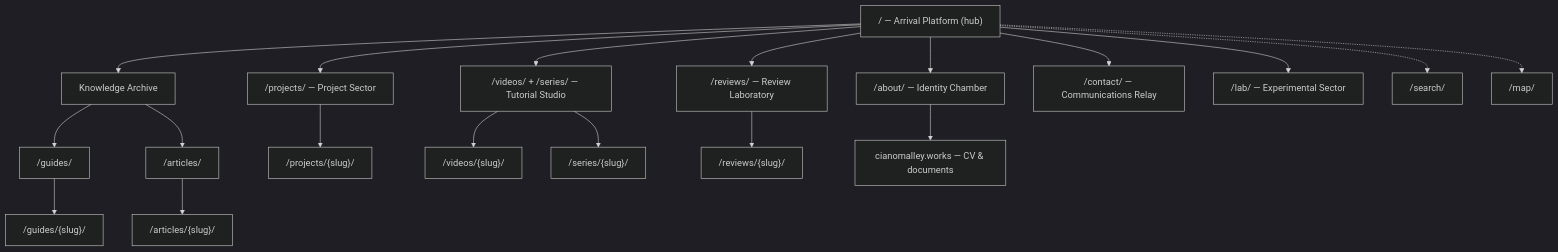
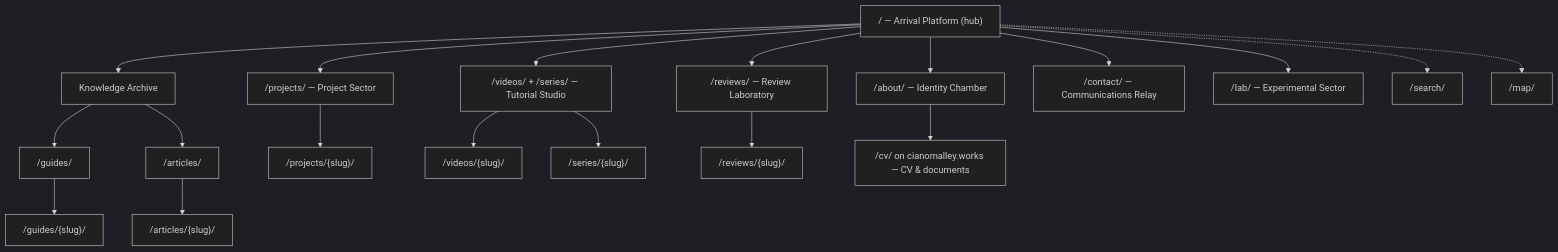
One commit to cian-omalley/cianomalley-portfolio changed the first of 2 diagrams in docs/plan/03-information-architecture-and-content-model.md. Above: the diagram before and after it, drawn with Mermaid (dark theme). The commit also changed other lines of this file and 56 other files, not shown here.

````diff
--- a/docs/plan/03-information-architecture-and-content-model.md
+++ b/docs/plan/03-information-architecture-and-content-model.md
@@ -41,22 +41,22 @@
 ```mermaid
 flowchart TD
     HOME["/ — Arrival Platform (hub)"]
     HOME --> PROJ["/projects/ — Project Sector"]
     HOME --> KNOW["Knowledge Archive"]
     HOME --> STUDIO["/videos/ + /series/ — Tutorial Studio"]
     HOME --> REV["/reviews/ — Review Laboratory"]
     HOME --> ABOUT["/about/ — Identity Chamber"]
     HOME --> CONTACT["/contact/ — Communications Relay"]
     HOME --> LAB["/lab/ — Experimental Sector"]
     KNOW --> GUIDES["/guides/"]
     KNOW --> ARTICLES["/articles/"]
     PROJ --> P1["/projects/{slug}/"]
     GUIDES --> G1["/guides/{slug}/"]
     ARTICLES --> A1["/articles/{slug}/"]
     STUDIO --> V1["/videos/{slug}/"]
     STUDIO --> S1["/series/{slug}/"]
     REV --> R1["/reviews/{slug}/"]
     HOME -.-> SEARCH["/search/"]
     HOME -.-> MAP["/map/"]
-    ABOUT --> CV["cianomalley.works — CV & documents"]
+    ABOUT --> CV["/cv/ on cianomalley.works — CV & documents"]
 ```
````
